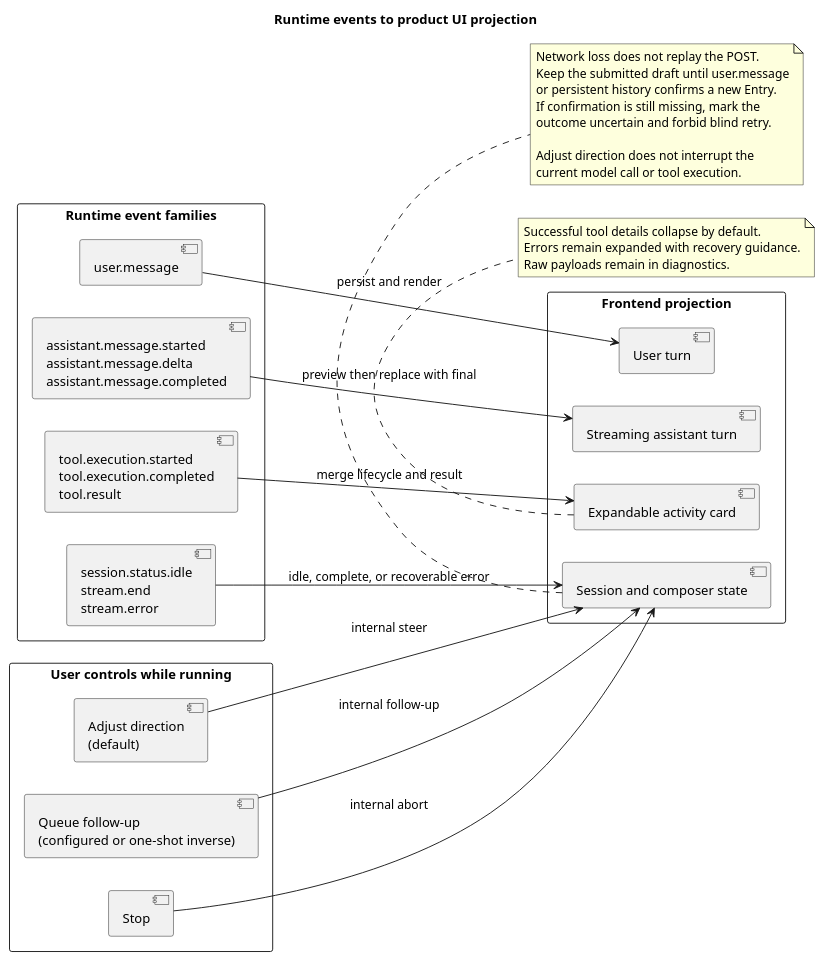
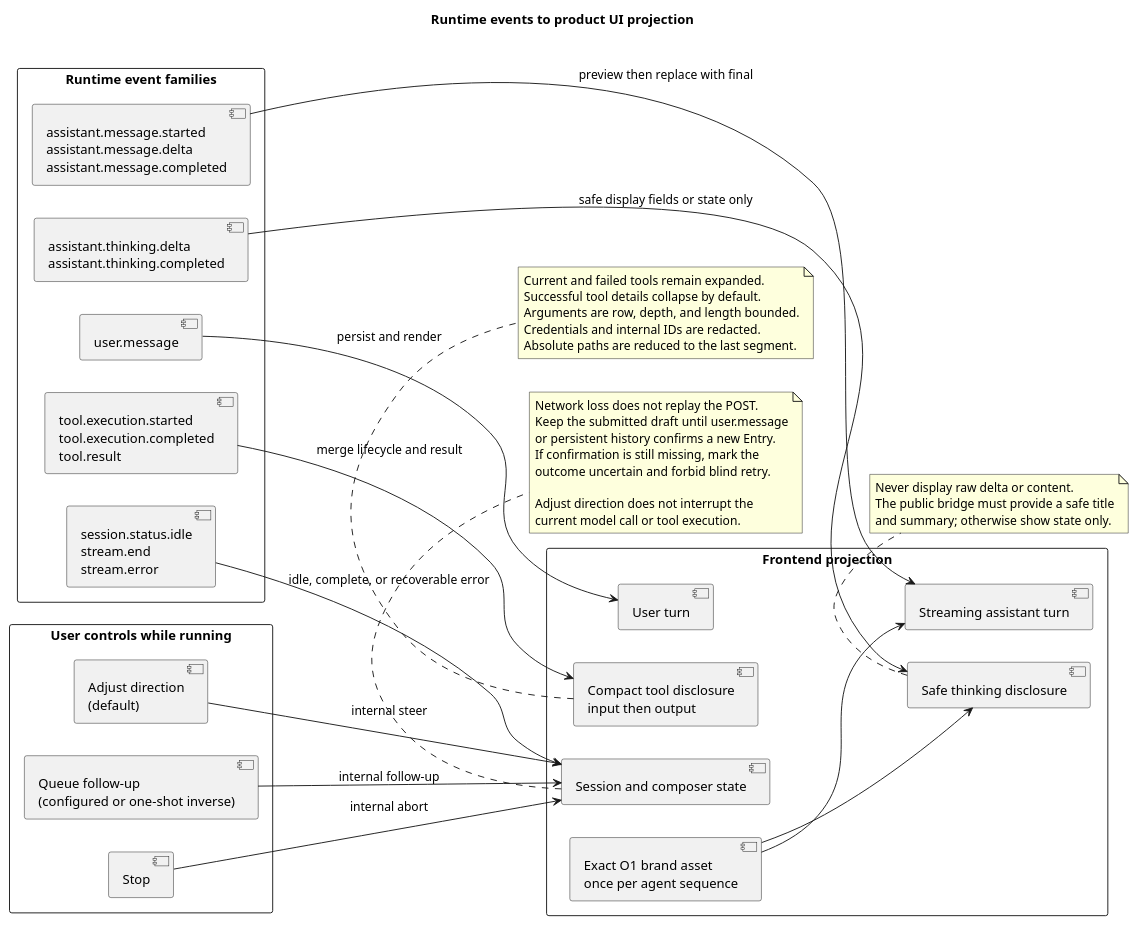
The third of 3 diagrams in docs/designs/campusclaw-frontend/diagram.puml (2862282695gjh-afk/pi-mono-java), drawn with PlantUML before and after one commit. The commit also changed other lines of this file and 25 other files, not shown here.

```diff
--- a/docs/designs/campusclaw-frontend/diagram.puml
+++ b/docs/designs/campusclaw-frontend/diagram.puml
@@ -147,63 +147,81 @@
 @startuml runtime_event_ui_projection
-' Backend source baseline: d0efb2fd18f2f2a7db121a1cbd4f039348a8094a.
-' Frontend change baseline: 9ae08be97e49387367500da8fd8b01b4a607c4b3.
-' Source evidence: frontend/src/projectors/runtimeEventProjector.ts (projectRuntimeEvents, projectAssistantEvent, projectToolEvent).
+' Backend source baseline: origin/main 8f9f3c1b51cca5ffbc3501fc4a1cb9ac253124be.
+' Frontend pre-change baseline: 849e4173.
+' Visual design baseline: campusclaw-frontend-design 5c2231654ea94dd248b5ea9a478d2cb27cd36a52.
+' Source evidence: frontend/src/projectors/runtimeEventProjector.ts (projectRuntimeEvents, projectAssistantEvent, projectThinkingEvent, projectToolEvent, projectToolArguments).
 ' Source evidence: frontend/src/composables/useRuntimeApi.ts (dispatchSseFrame, mergeRuntimeEvent, loadHistory).
+' Source evidence: frontend/src/components/ConversationTimeline.vue, ThinkingDisclosure.vue, ToolActivity.vue, and BrandMark.vue.
+' Source evidence: frontend/src/assets/campusclaw-mark-o1.png and frontend/src/style.css.
 ' Source evidence: frontend/src/components/ComposerBox.vue (onKeydown, current follow-up mode).
 ' Source evidence: modules/coding-agent-cli/src/main/java/com/campusclaw/codingagent/runtimeapi/event/RuntimeEventType.java (RuntimeEventType).
 ' Source evidence: modules/coding-agent-cli/src/main/java/com/campusclaw/codingagent/runtimeapi/event/RuntimeEventProjector.java (projectMessageStart, projectMessageUpdate, projectToolStart, projectToolEnd).
 ' Source evidence: modules/coding-agent-cli/src/main/java/com/campusclaw/codingagent/runtimeapi/event/RuntimeEntryCodec.java (toHistoryEvent, toSseData).
 ' Product-reference evidence: ChatGPT.app webview/assets/app-initial-BCLYDefw.js (followUpQueueMode, K9s) and webview/assets/zh-CN-ByRVSIXt.js.
-' Observed behavior: HTTP 1.38 lowerCamelCase persistent entries and transient execution events share one request-scoped SSE response.
+' Observed behavior: HTTP 1.38 lowerCamelCase persistent entries and transient execution events share one request-scoped SSE response; Runtime thinking contains raw reasoning and no safe display summary.
 ' Observed Codex behavior: desktop follow-up mode defaults to steer; a modifier submits one message with the inverse mode.
-' Design reason: the UI projects protocol events into stable conversation objects and uses one current follow-up mode instead of two persistent choices.
+' Security hardening: raw thinking is ignored; tool arguments are bounded and redacted before DOM projection.
+' Design reason: the UI projects protocol events into stable conversation objects, exposes compact safe activity, and uses one current follow-up mode instead of two persistent choices.
 
 title Runtime events to product UI projection
 left to right direction
 
 rectangle "Runtime event families" as Events {
   component "user.message" as UserEvent
   component "assistant.message.started\nassistant.message.delta\nassistant.message.completed" as AssistantEvents
+  component "assistant.thinking.delta\nassistant.thinking.completed" as ThinkingEvents
   component "tool.execution.started\ntool.execution.completed\ntool.result" as ToolEvents
   component "session.status.idle\nstream.end\nstream.error" as TerminalEvents
 }
 
 rectangle "Frontend projection" as Projection {
   component "User turn" as UserTurn
   component "Streaming assistant turn" as AssistantTurn
-  component "Expandable activity card" as ActivityCard
+  component "Safe thinking disclosure" as ThinkingDisclosure
+  component "Compact tool disclosure\ninput then output" as ToolDisclosure
+  component "Exact O1 brand asset\nonce per agent sequence" as BrandAsset
   component "Session and composer state" as SessionState
 }
 
 rectangle "User controls while running" as Controls {
   component "Adjust direction\n(default)" as Adjust
   component "Queue follow-up\n(configured or one-shot inverse)" as Continue
   component "Stop" as Stop
 }
 
 UserEvent --> UserTurn : persist and render
 AssistantEvents --> AssistantTurn : preview then replace with final
-ToolEvents --> ActivityCard : merge lifecycle and result
+ThinkingEvents --> ThinkingDisclosure : safe display fields or state only
+ToolEvents --> ToolDisclosure : merge lifecycle and result
 TerminalEvents --> SessionState : idle, complete, or recoverable error
+BrandAsset --> AssistantTurn
+BrandAsset --> ThinkingDisclosure
 
 Adjust --> SessionState : internal steer
 Continue --> SessionState : internal follow-up
 Stop --> SessionState : internal abort
 
-note bottom of ActivityCard
+note bottom of ThinkingDisclosure
+Never display raw delta or content.
+The public bridge must provide a safe title
+and summary; otherwise show state only.
+end note
+
+note bottom of ToolDisclosure
+Current and failed tools remain expanded.
 Successful tool details collapse by default.
-Errors remain expanded with recovery guidance.
-Raw payloads remain in diagnostics.
+Arguments are row, depth, and length bounded.
+Credentials and internal IDs are redacted.
+Absolute paths are reduced to the last segment.
 end note
 
 note bottom of SessionState
 Network loss does not replay the POST.
 Keep the submitted draft until user.message
 or persistent history confirms a new Entry.
 If confirmation is still missing, mark the
 outcome uncertain and forbid blind retry.
 
 Adjust direction does not interrupt the
 current model call or tool execution.
 end note
 @enduml
```
